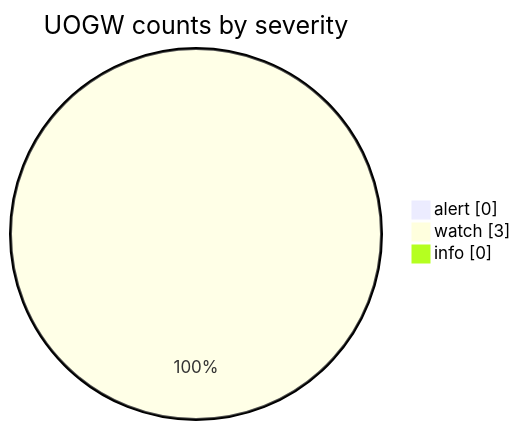
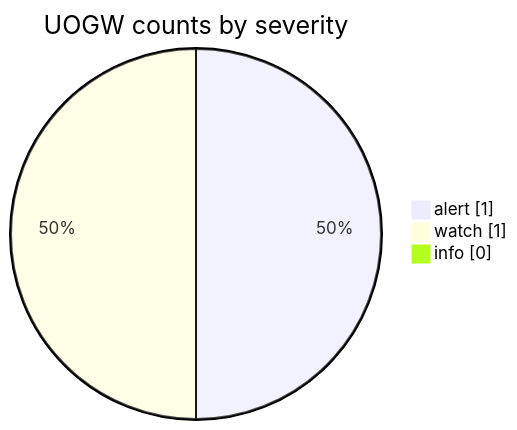
The fourth of 6 diagrams in docs/GRAPHS.md (Midwest-Stratospheric/aerostratospheric-defense-gir), drawn with Mermaid before and after one commit. The commit also changed other lines of this file and 24 other files, not shown here.

````diff
--- a/docs/GRAPHS.md
+++ b/docs/GRAPHS.md
@@ -66,7 +66,7 @@
 ```mermaid
 pie showData
   title UOGW counts by severity
-  "alert" : 0
-  "watch" : 3
+  "alert" : 1
+  "watch" : 1
   "info" : 0
 ```
````
